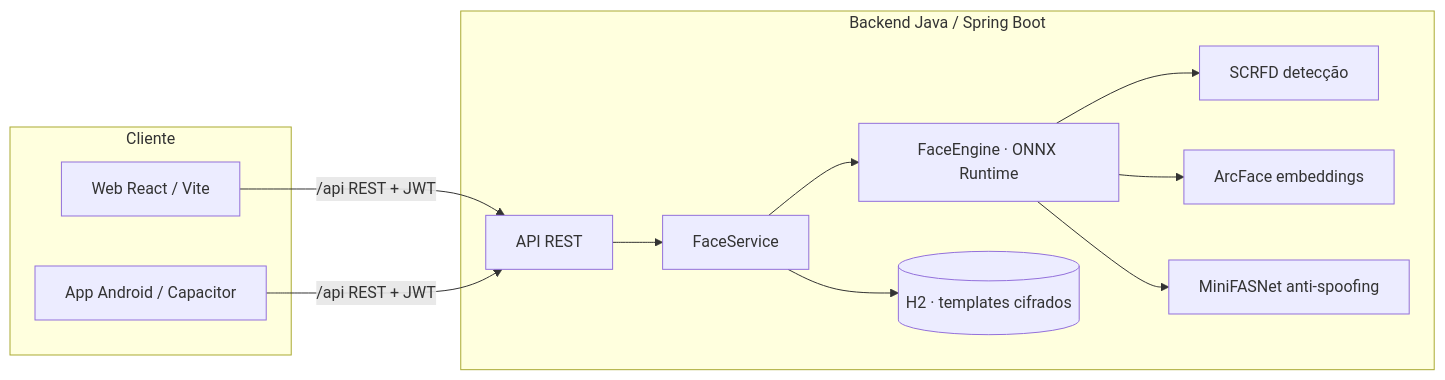
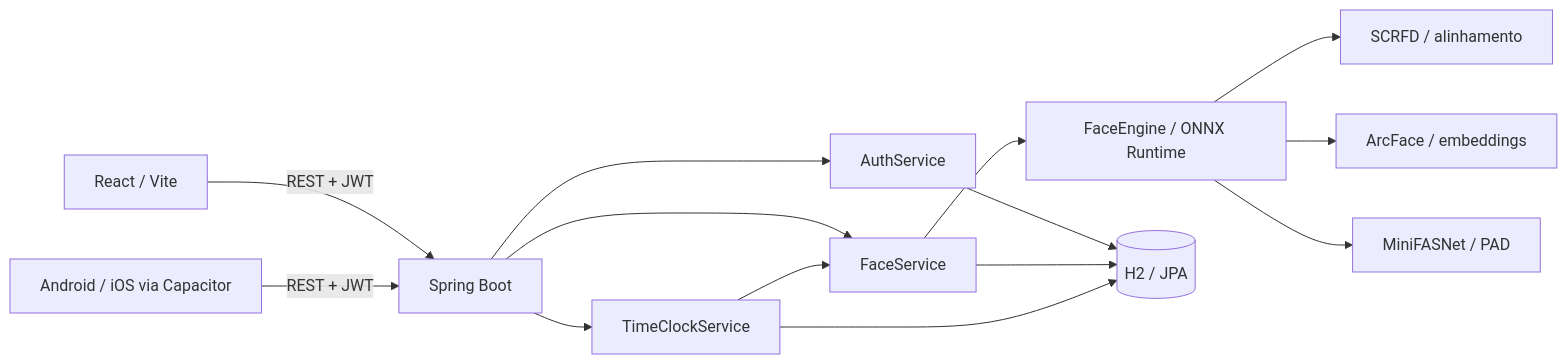
One commit to JonnasFigueiredo/Ulisses changed the diagram in README.md. Above: the diagram before and after it, drawn with Mermaid. The commit also changed other lines of this file and 38 other files, not shown here.

````diff
--- a/README.md
+++ b/README.md
@@ -76,17 +100,16 @@
 ```mermaid
 flowchart LR
-    subgraph Cliente
-      W[Web React / Vite]
-      A[App Android / Capacitor]
-    end
-    W -->|/api REST + JWT| B
-    A -->|/api REST + JWT| B
-    subgraph Backend[Backend Java / Spring Boot]
-      B[API REST] --> S[FaceService]
-      S --> E[FaceEngine · ONNX Runtime]
-      E --> D[SCRFD detecção]
-      E --> R[ArcFace embeddings]
-      E --> P[MiniFASNet anti-spoofing]
-      S --> DB[(H2 · templates cifrados)]
-    end
+    W[React / Vite] -->|REST + JWT| API[Spring Boot]
+    M[Android / iOS via Capacitor] -->|REST + JWT| API
+    API --> AUTH[AuthService]
+    API --> FACE[FaceService]
+    API --> TIME[TimeClockService]
+    TIME --> FACE
+    FACE --> ENGINE[FaceEngine / ONNX Runtime]
+    ENGINE --> DET[SCRFD / alinhamento]
+    ENGINE --> EMB[ArcFace / embeddings]
+    ENGINE --> PAD[MiniFASNet / PAD]
+    AUTH --> DB[(H2 / JPA)]
+    FACE --> DB
+    TIME --> DB
 ```
````
